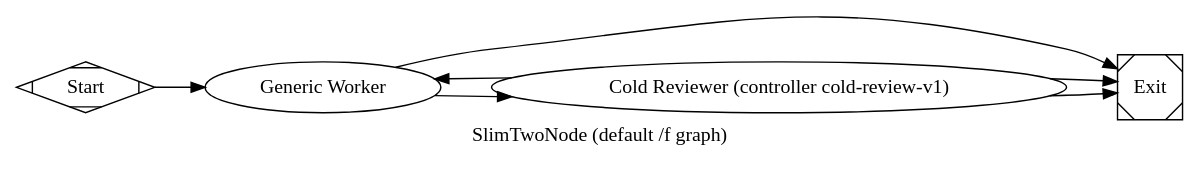
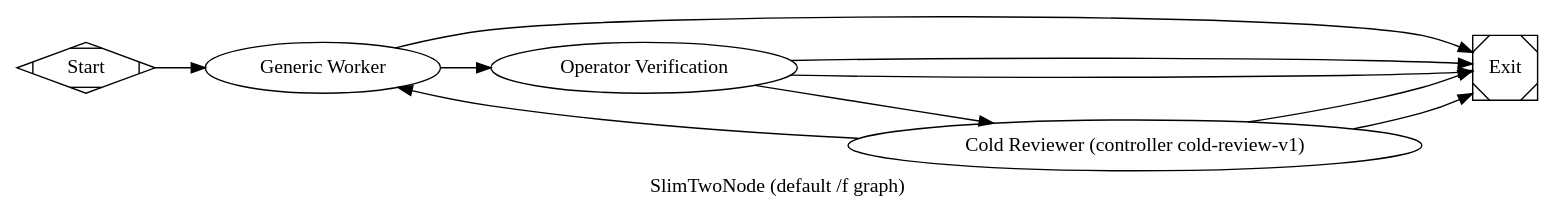
The diagram in pipelines/slim/two_node.dot (jleechanorg/dark-factory), drawn with Graphviz before and after one commit. The commit also changed 5 other files, not shown here.

Commit message:
[Codex/gpt-5.6-luna] Wire deterministic operator gate

```diff
--- a/pipelines/slim/two_node.dot
+++ b/pipelines/slim/two_node.dot
@@ -1,63 +1,75 @@
 // pipelines/slim/two_node.dot
 //
 // Default graph for `/f` (and `/factory`). Exactly two productive nodes:
 //   worker         — generic codergen; light prompt; does whatever the user asked.
+//   operator_verify — deterministic runner-owned verification; not an LLM role.
 //   cold_reviewer  — controller-owned cold reviewer using the SHA-pinned
 //                    cold-review-v1 execution path (prompts/catalog/controller_cold_review_v1.md).
 //
 // Wiring:
-//   start -> worker -> cold_reviewer -> exit                (on success)
+//   start -> worker -> operator_verify -> cold_reviewer -> exit (on success)
 //                          \-> worker                        (on reviewer failure, bounded max_visits=3)
 //                          \-> exit                          (on infrastructure error, terminal non-success)
 //
 // Backend routing:
 //   - worker          honors the run-level --backend (the coder tier the user
 //                     chose; default = whatever /f's Step 0.5 detector picks).
 //   - cold_reviewer   uses review_contract="cold-review-v1" and
 //                     backend_priority="codex" because the controller has
 //                     a receipt-capable transport only for Codex.
 //
 // Failure semantics:
 //   - cold_reviewer is goal_gate=true. On success the run exits.
 //   - On a real fail/partial verdict the runner routes back to worker directly.
 //     Worker handles iteration (max_visits=3). No separate fix node in this graph.
 
 digraph SlimTwoNode {
     graph [
         goal="Generic worker does the user's task; controller-owned cold-review-v1 reviewer gates it. Slim default for /f."
         rankdir=LR
         label="SlimTwoNode (default /f graph)"
     ]
 
     start  [shape=Mdiamond, label="Start"]
     exit   [shape=Msquare,  label="Exit"]
 
     worker [
         type="codergen",
         label="Generic Worker",
         class="worker",
         prompt="@prompts/slim/worker.md",
         max_retries=0,
         max_visits="3",
         timeout=600
     ]
 
+    operator_verify [
+        type="operator_verify",
+        label="Operator Verification",
+        class="infrastructure",
+        timeout=1800
+    ]
+
     cold_reviewer [
         type="parallel_reviewer",
         label="Cold Reviewer (controller cold-review-v1)",
         class="review",
         review_contract="cold-review-v1",
         backend_priority="codex",
-        evidence_paths="evidence/worker-verification.json",
+        evidence_paths="evidence/operator-verification.json",
         goal_gate=true,
         timeout=1200
     ]
 
     start -> worker
-    worker -> cold_reviewer [condition="outcome=success"]
-    worker -> exit          [condition="outcome=error"]
+    worker -> operator_verify [condition="outcome=success"]
+    worker -> exit            [condition="outcome=error"]
+
+    operator_verify -> cold_reviewer [condition="outcome=success"]
+    operator_verify -> exit          [condition="outcome=failure"]
+    operator_verify -> exit          [condition="outcome=error"]
 
     cold_reviewer -> exit   [condition="outcome=success"]
     cold_reviewer -> worker [condition="outcome=failure"]
     cold_reviewer -> exit   [condition="outcome=error"]
 }
```
